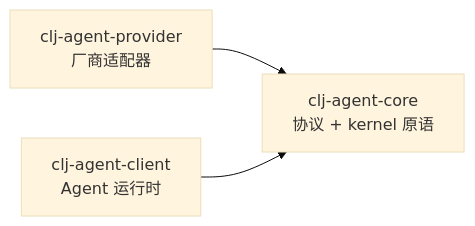
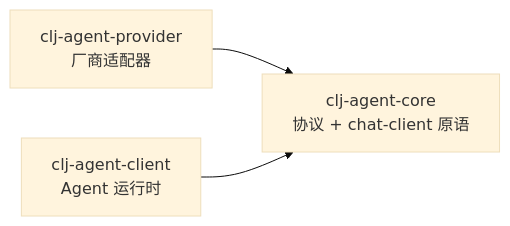
One commit to TTalkPro/clj-agent changed the second of 2 diagrams in README.md. Above: the diagram before and after it, drawn with Mermaid (base theme). The commit also changed other lines of this file and 95 other files, not shown here.

First line of the commit message:
refactor: modularize agent architecture

````diff
--- a/README.md
+++ b/README.md
@@ -92,9 +111,9 @@
 ```mermaid
 graph LR
     provider[clj-agent-provider<br/>厂商适配器]
     client[clj-agent-client<br/>Agent 运行时]
-    core[clj-agent-core<br/>协议 + kernel 原语]
+    core[clj-agent-core<br/>协议 + chat-client 原语]
 
     provider --> core
     client --> core
 ```
````
